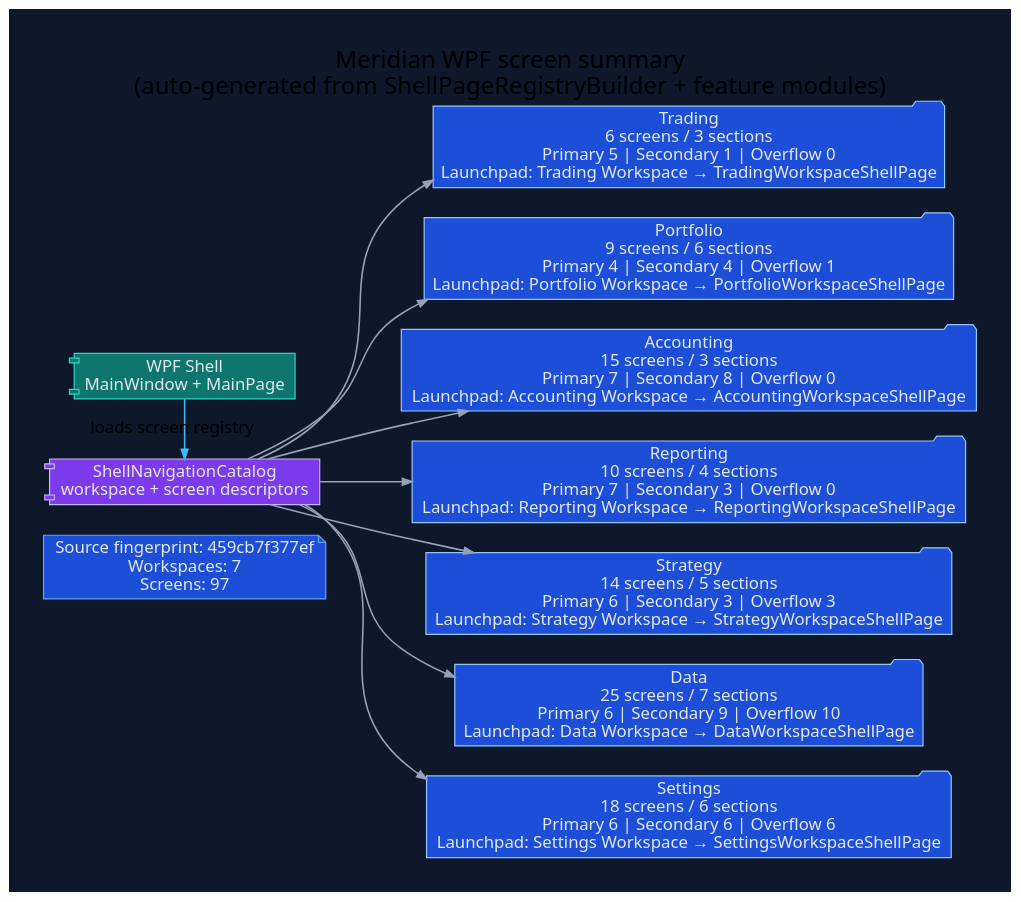
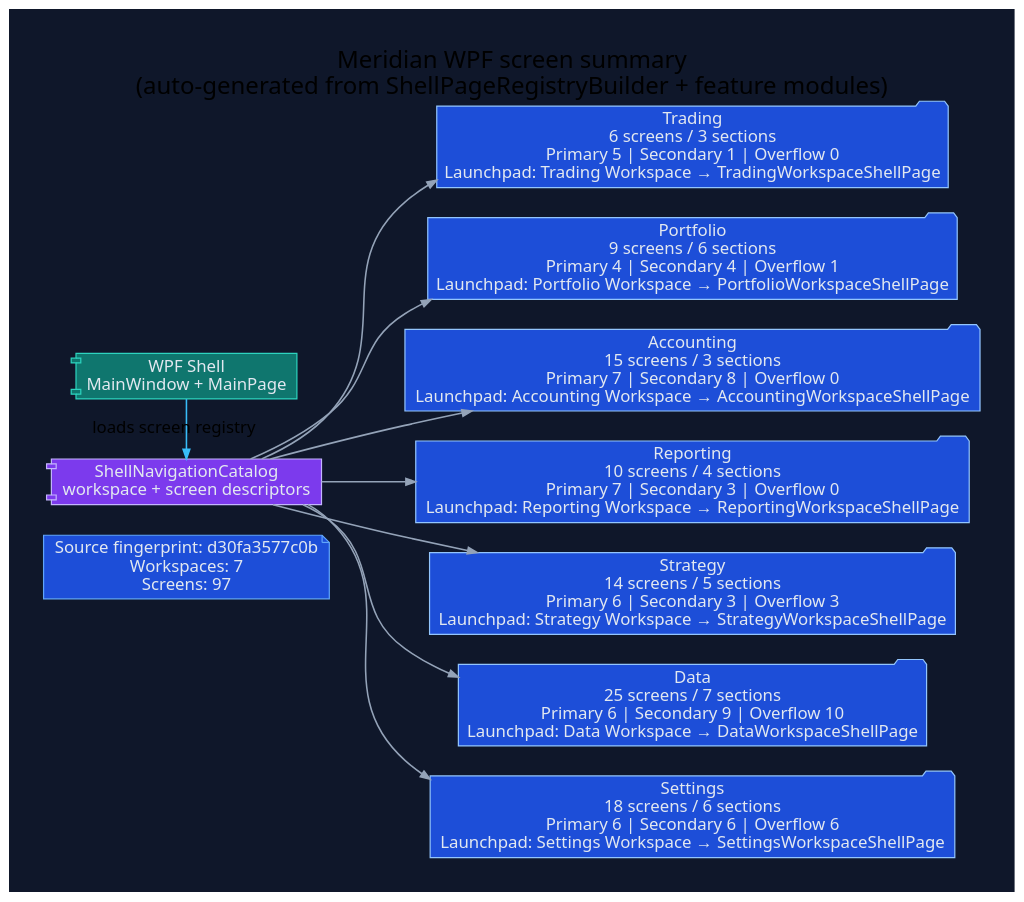
One commit to rodoHasArrived/Meridian-main changed the diagram in docs/diagrams/ui/ui-wpf-screen-summary.dot. Above: the diagram before and after it, drawn with Graphviz. The commit also changed 53 other files, not shown here.

```diff
--- a/docs/diagrams/ui/ui-wpf-screen-summary.dot
+++ b/docs/diagrams/ui/ui-wpf-screen-summary.dot
@@ -1,42 +1,42 @@
 // -----------------------------------------------------------------------------
 // <auto-generated>
 // Generated by scripts/generate-diagrams.mjs.
 // Do not edit this file directly; update the WPF source files instead.
 // -----------------------------------------------------------------------------
 digraph WpfScreenSummary {
   graph [
     rankdir=LR,
     labelloc=t,
     label="Meridian WPF screen summary\n(auto-generated from ShellPageRegistryBuilder + feature modules)",
     fontname="Segoe UI",
     fontsize=20,
     pad=0.4,
     nodesep=0.35,
     ranksep=0.85,
     bgcolor="#0f172a"
   ];
   node [fontname="Segoe UI", shape=box, style="rounded,filled", color="#475569", fontcolor="#e2e8f0", fillcolor="#1e293b"];
   edge [fontname="Segoe UI", color="#94a3b8", penwidth=1.3, arrowsize=0.8];
 
-  generated [shape=note, fillcolor="#1d4ed8", color="#60a5fa", label="Source fingerprint: 459cb7f377ef\nWorkspaces: 7\nScreens: 97"];
+  generated [shape=note, fillcolor="#1d4ed8", color="#60a5fa", label="Source fingerprint: d30fa3577c0b\nWorkspaces: 7\nScreens: 97"];
   shell [shape=component, fillcolor="#0f766e", color="#2dd4bf", label="WPF Shell\nMainWindow + MainPage"];
   catalog [shape=component, fillcolor="#7c3aed", color="#c4b5fd", label="ShellNavigationCatalog\nworkspace + screen descriptors"];
   shell -> catalog [label="loads screen registry", color="#38bdf8"];
 
   workspace_1 [shape=folder, fillcolor="#1d4ed8", color="#93c5fd", label="Trading\n6 screens / 3 sections\nPrimary 5 | Secondary 1 | Overflow 0\nLaunchpad: Trading Workspace → TradingWorkspaceShellPage"];
   catalog -> workspace_1;
   workspace_2 [shape=folder, fillcolor="#1d4ed8", color="#93c5fd", label="Portfolio\n9 screens / 6 sections\nPrimary 4 | Secondary 4 | Overflow 1\nLaunchpad: Portfolio Workspace → PortfolioWorkspaceShellPage"];
   catalog -> workspace_2;
   workspace_3 [shape=folder, fillcolor="#1d4ed8", color="#93c5fd", label="Accounting\n15 screens / 3 sections\nPrimary 7 | Secondary 8 | Overflow 0\nLaunchpad: Accounting Workspace → AccountingWorkspaceShellPage"];
   catalog -> workspace_3;
   workspace_4 [shape=folder, fillcolor="#1d4ed8", color="#93c5fd", label="Reporting\n10 screens / 4 sections\nPrimary 7 | Secondary 3 | Overflow 0\nLaunchpad: Reporting Workspace → ReportingWorkspaceShellPage"];
   catalog -> workspace_4;
   workspace_5 [shape=folder, fillcolor="#1d4ed8", color="#93c5fd", label="Strategy\n14 screens / 5 sections\nPrimary 6 | Secondary 3 | Overflow 3\nLaunchpad: Strategy Workspace → StrategyWorkspaceShellPage"];
   catalog -> workspace_5;
   workspace_6 [shape=folder, fillcolor="#1d4ed8", color="#93c5fd", label="Data\n25 screens / 7 sections\nPrimary 6 | Secondary 9 | Overflow 10\nLaunchpad: Data Workspace → DataWorkspaceShellPage"];
   catalog -> workspace_6;
   workspace_7 [shape=folder, fillcolor="#1d4ed8", color="#93c5fd", label="Settings\n18 screens / 6 sections\nPrimary 6 | Secondary 6 | Overflow 6\nLaunchpad: Settings Workspace → SettingsWorkspaceShellPage"];
   catalog -> workspace_7;
 
   { rank=min; generated; shell; catalog; }
 }
```
